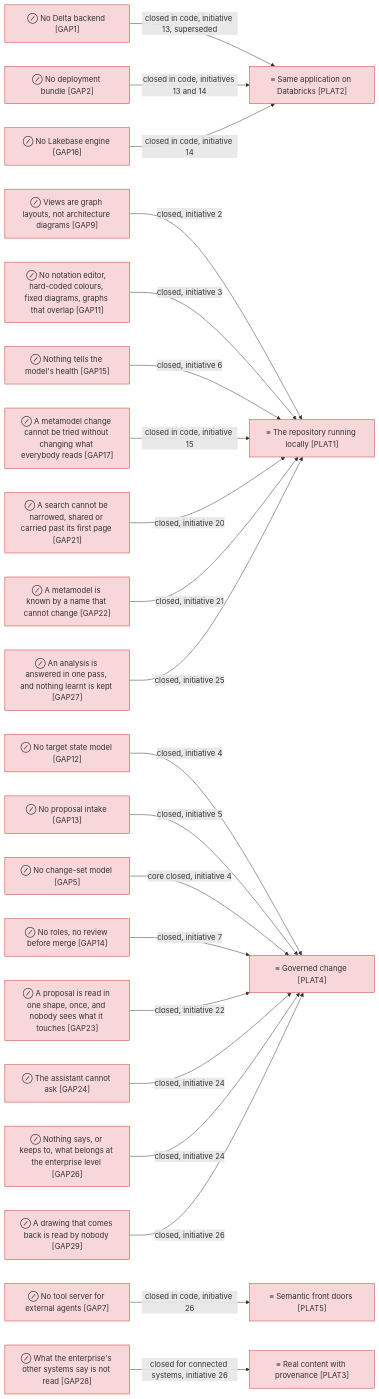
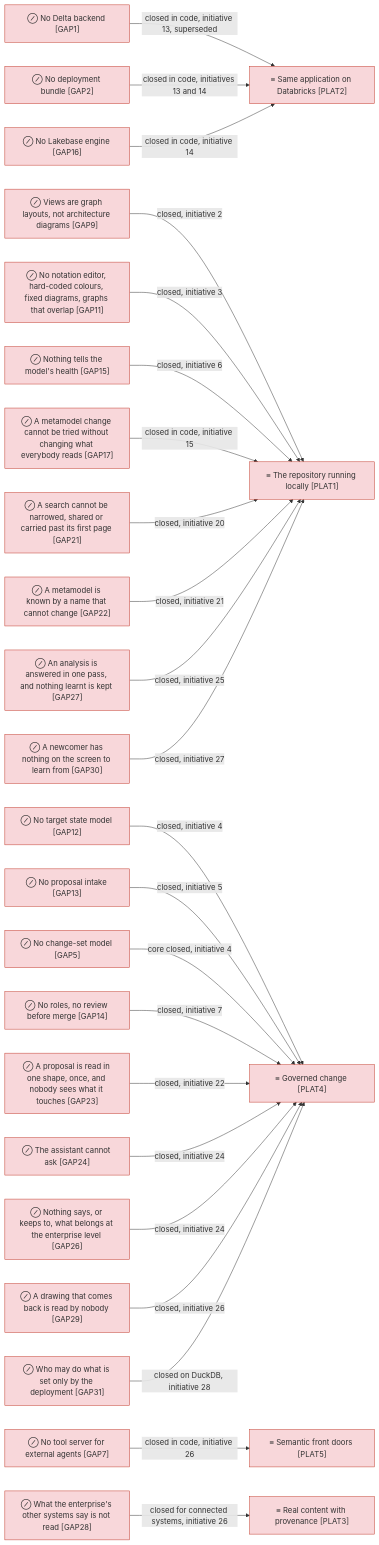
Before and after one commit to roanboc/dbx-enterprise-architecture: the fourth of 4 diagrams in architecture/6_transition/1_target-state.md, drawn with Mermaid. The commit also changed other lines of this file and 15 other files, not shown here.

First line of the commit message:
docs(architecture): initiatives 27 and 28 built — the application and technology layers aligned, GAP30 and GAP31 closed

````diff
--- a/architecture/6_transition/1_target-state.md
+++ b/architecture/6_transition/1_target-state.md
@@ -161,50 +161,54 @@
 ```mermaid
 flowchart LR
   p1["≡ The repository running locally [PLAT1]"]:::implementation
   p2["≡ Same application on Databricks [PLAT2]"]:::implementation
   p4["≡ Governed change [PLAT4]"]:::implementation
   g1["⊘ No Delta backend [GAP1]"]:::implementation
   g2["⊘ No deployment bundle [GAP2]"]:::implementation
   g16["⊘ No Lakebase engine [GAP16]"]:::implementation
   g9["⊘ Views are graph layouts, not architecture diagrams [GAP9]"]:::implementation
   g11["⊘ No notation editor, hard-coded colours, fixed diagrams, graphs that overlap [GAP11]"]:::implementation
   g5["⊘ No change-set model [GAP5]"]:::implementation
   g12["⊘ No target state model [GAP12]"]:::implementation
   g13["⊘ No proposal intake [GAP13]"]:::implementation
   g14["⊘ No roles, no review before merge [GAP14]"]:::implementation
   g15["⊘ Nothing tells the model's health [GAP15]"]:::implementation
   g17["⊘ A metamodel change cannot be tried without changing what everybody reads [GAP17]"]:::implementation
   g21["⊘ A search cannot be narrowed, shared or carried past its first page [GAP21]"]:::implementation
   g22["⊘ A metamodel is known by a name that cannot change [GAP22]"]:::implementation
   g23["⊘ A proposal is read in one shape, once, and nobody sees what it touches [GAP23]"]:::implementation
   g24["⊘ The assistant cannot ask [GAP24]"]:::implementation
   g26["⊘ Nothing says, or keeps to, what belongs at the enterprise level [GAP26]"]:::implementation
   g27["⊘ An analysis is answered in one pass, and nothing learnt is kept [GAP27]"]:::implementation
   g7["⊘ No tool server for external agents [GAP7]"]:::implementation
   g28["⊘ What the enterprise's other systems say is not read [GAP28]"]:::implementation
   g29["⊘ A drawing that comes back is read by nobody [GAP29]"]:::implementation
+  g30["⊘ A newcomer has nothing on the screen to learn from [GAP30]"]:::implementation
+  g31["⊘ Who may do what is set only by the deployment [GAP31]"]:::implementation
   p5["≡ Semantic front doors [PLAT5]"]:::implementation
   p3["≡ Real content with provenance [PLAT3]"]:::implementation
   g9 -->|closed, initiative 2| p1
   g11 -->|closed, initiative 3| p1
   g12 -->|closed, initiative 4| p4
   g13 -->|closed, initiative 5| p4
   g5 -->|core closed, initiative 4| p4
   g14 -->|closed, initiative 7| p4
   g15 -->|closed, initiative 6| p1
   g1 -->|closed in code, initiative 13, superseded| p2
   g2 -->|closed in code, initiatives 13 and 14| p2
   g16 -->|closed in code, initiative 14| p2
   g17 -->|closed in code, initiative 15| p1
   g21 -->|closed, initiative 20| p1
   g22 -->|closed, initiative 21| p1
   g23 -->|closed, initiative 22| p4
   g24 -->|closed, initiative 24| p4
   g26 -->|closed, initiative 24| p4
   g27 -->|closed, initiative 25| p1
   g7 -->|closed in code, initiative 26| p5
   g28 -->|closed for connected systems, initiative 26| p3
   g29 -->|closed, initiative 26| p4
+  g30 -->|closed, initiative 27| p1
+  g31 -->|closed on DuckDB, initiative 28| p4
 
   classDef implementation fill:#f8d7da,stroke:#c0392b,color:#333
 ```
````
